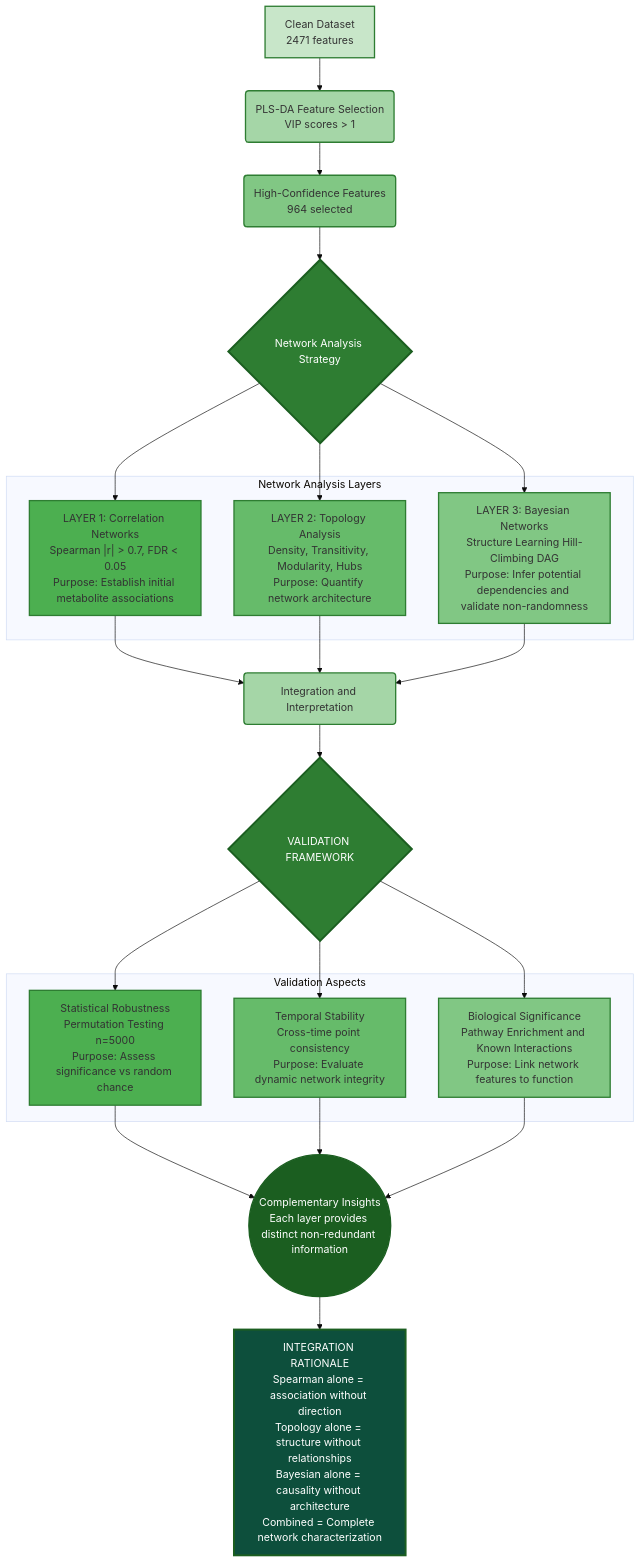
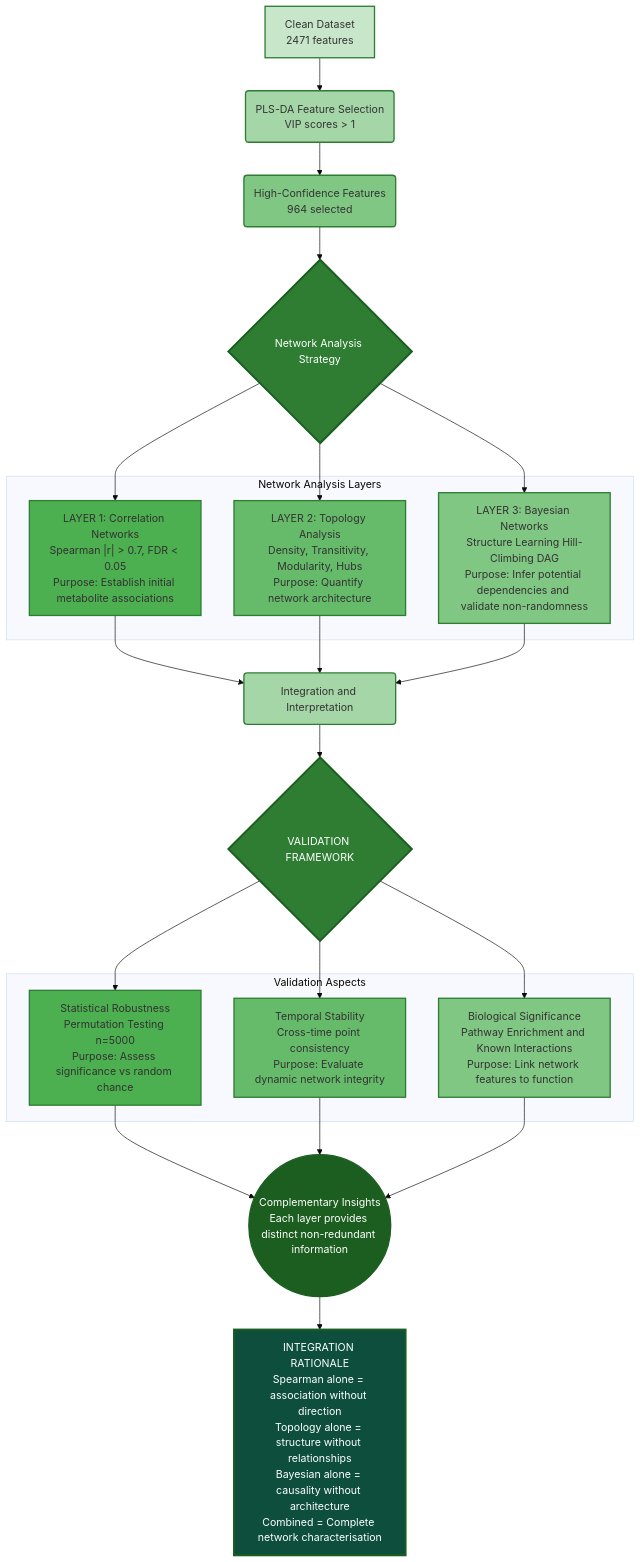
Before and after one commit to shoaibms/metabo: the first of 2 diagrams in README.md, drawn with Mermaid (base theme). The commit also changed other lines of this file, not shown here.

````diff
--- a/README.md
+++ b/README.md
@@ -15,58 +15,58 @@
 ```mermaid
 graph TD
     A["Clean Dataset<br/>2471 features"] --> B("PLS-DA Feature Selection<br/>VIP scores > 1")
     B --> C("High-Confidence Features<br/>964 selected")
     
     C --> D{"Network Analysis Strategy"}
     
     D --> E
     D --> F
     D --> G
 
     subgraph AnalysisLayers ["Network Analysis Layers"]
         E["LAYER 1: Correlation Networks<br/>Spearman |r| > 0.7, FDR < 0.05<br/>Purpose: Establish initial metabolite associations"]
         F["LAYER 2: Topology Analysis<br/>Density, Transitivity, Modularity, Hubs<br/>Purpose: Quantify network architecture"]
         G["LAYER 3: Bayesian Networks<br/>Structure Learning Hill-Climbing DAG<br/>Purpose: Infer potential dependencies and validate non-randomness"]
     end
     
     E --> H("Integration and Interpretation")
     F --> H
     G --> H
     
     H --> I{"VALIDATION FRAMEWORK"}
     
     I --> I1
     I --> I2
     I --> I3
 
     subgraph ValidationAspects ["Validation Aspects"]
         I1["Statistical Robustness<br/>Permutation Testing n=5000<br/>Purpose: Assess significance vs random chance"]
         I2["Temporal Stability<br/>Cross-time point consistency<br/>Purpose: Evaluate dynamic network integrity"]
         I3["Biological Significance<br/>Pathway Enrichment and Known Interactions<br/>Purpose: Link network features to function"]
     end
     
     I1 --> J(("Complementary Insights<br/>Each layer provides distinct non-redundant information"))
     I2 --> J
     I3 --> J
     
-    J --> K["INTEGRATION RATIONALE<br/>Spearman alone = association without direction<br/>Topology alone = structure without relationships<br/>Bayesian alone = causality without architecture<br/>Combined = Complete network characterization"]
+    J --> K["INTEGRATION RATIONALE<br/>Spearman alone = association without direction<br/>Topology alone = structure without relationships<br/>Bayesian alone = causality without architecture<br/>Combined = Complete network characterisation"]
 
     style A fill:#c8e6c9,stroke:#2e7d32,stroke-width:2px
     style B fill:#a5d6a7,stroke:#2e7d32,stroke-width:2px
     style C fill:#81c784,stroke:#2e7d32,stroke-width:2px
     style D fill:#2e7d32,stroke:#1b5e20,stroke-width:3px,color:#fff
     
     style E fill:#4caf50,stroke:#2e7d32,stroke-width:2px
     style F fill:#66bb6a,stroke:#2e7d32,stroke-width:2px
     style G fill:#81c784,stroke:#2e7d32,stroke-width:2px
     
     style H fill:#a5d6a7,stroke:#2e7d32,stroke-width:2px
     style I fill:#2e7d32,stroke:#1b5e20,stroke-width:3px,color:#fff
     
     style I1 fill:#4caf50,stroke:#2e7d32,stroke-width:2px
     style I2 fill:#66bb6a,stroke:#2e7d32,stroke-width:2px
     style I3 fill:#81c784,stroke:#2e7d32,stroke-width:2px
     
     style J fill:#1b5e20,stroke:#1b5e20,stroke-width:2px,color:#fff
     style K fill:#0d4f3c,stroke:#1b5e20,stroke-width:3px,color:#fff
 ```
````
